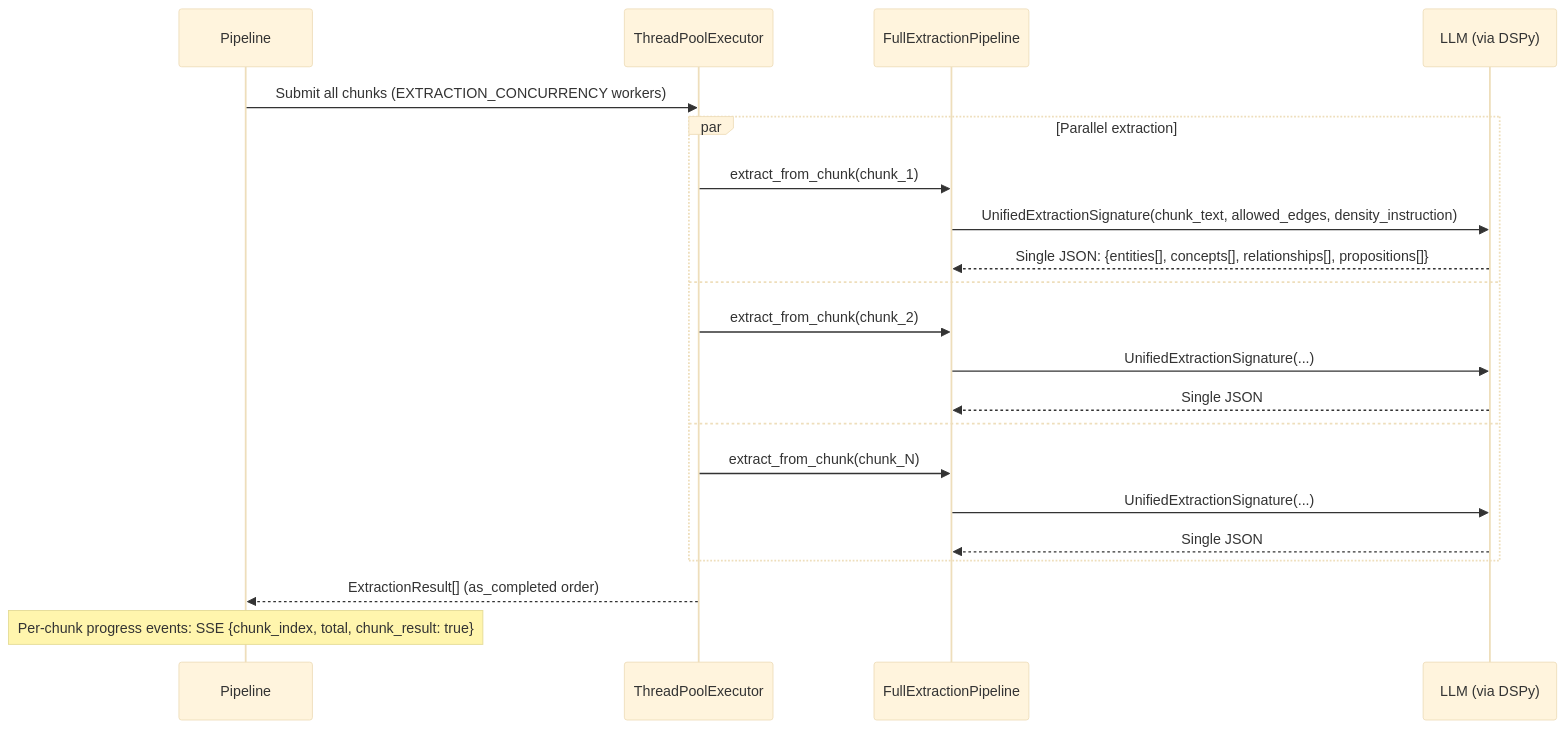
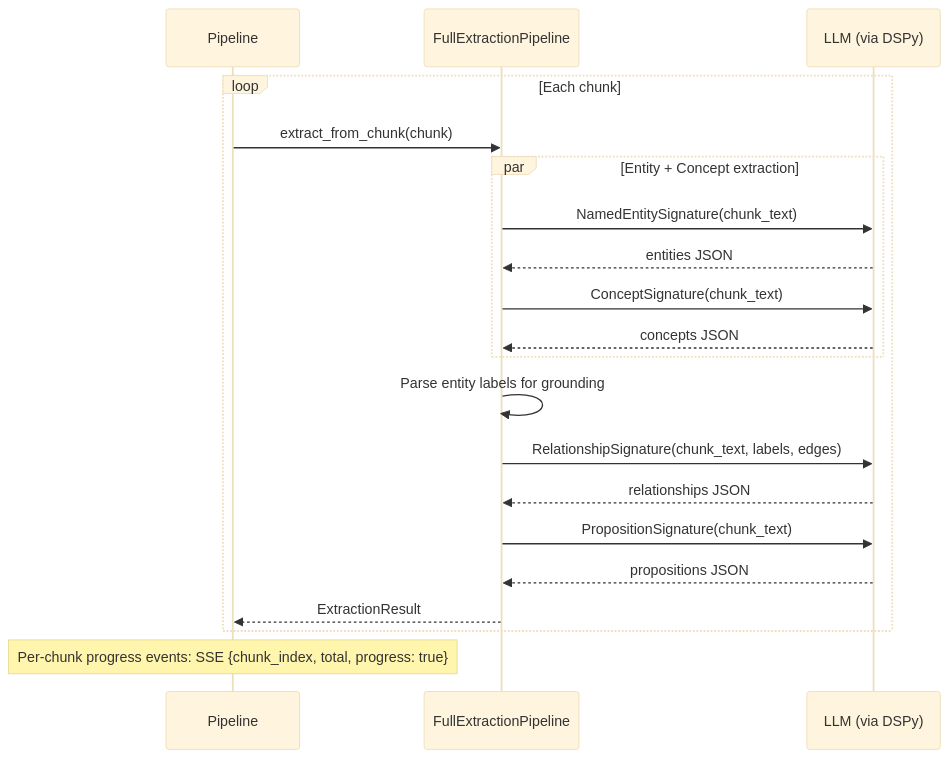
The fourth of 7 diagrams in docs/ingestion-pipeline.md (rashwin88/trident-demo), drawn with Mermaid (base theme) before and after one commit. The commit also changed other lines of this file and 16 other files, not shown here.

````diff
--- a/docs/ingestion-pipeline.md
+++ b/docs/ingestion-pipeline.md
@@ -147,25 +114,26 @@
 ```mermaid
 sequenceDiagram
     participant P as Pipeline
-    participant TP as ThreadPoolExecutor
     participant E as FullExtractionPipeline
     participant LLM as LLM (via DSPy)
 
-    P->>TP: Submit all chunks (EXTRACTION_CONCURRENCY workers)
-    par Parallel extraction
-        TP->>E: extract_from_chunk(chunk_1)
-        E->>LLM: UnifiedExtractionSignature(chunk_text, allowed_edges, density_instruction)
-        LLM-->>E: Single JSON: {entities[], concepts[], relationships[], propositions[]}
-    and
-        TP->>E: extract_from_chunk(chunk_2)
-        E->>LLM: UnifiedExtractionSignature(...)
-        LLM-->>E: Single JSON
-    and
-        TP->>E: extract_from_chunk(chunk_N)
-        E->>LLM: UnifiedExtractionSignature(...)
-        LLM-->>E: Single JSON
+    loop Each chunk
+        P->>E: extract_from_chunk(chunk)
+
+        par Entity + Concept extraction
+            E->>LLM: NamedEntitySignature(chunk_text)
+            LLM-->>E: entities JSON
+            E->>LLM: ConceptSignature(chunk_text)
+            LLM-->>E: concepts JSON
+        end
+
+        E->>E: Parse entity labels for grounding
+        E->>LLM: RelationshipSignature(chunk_text, labels, edges)
+        LLM-->>E: relationships JSON
+        E->>LLM: PropositionSignature(chunk_text)
+        LLM-->>E: propositions JSON
+        E-->>P: ExtractionResult
     end
-    TP-->>P: ExtractionResult[] (as_completed order)
 
-    Note over P: Per-chunk progress events: SSE {chunk_index, total, chunk_result: true}
+    Note over P: Per-chunk progress events: SSE {chunk_index, total, progress: true}
 ```
````
